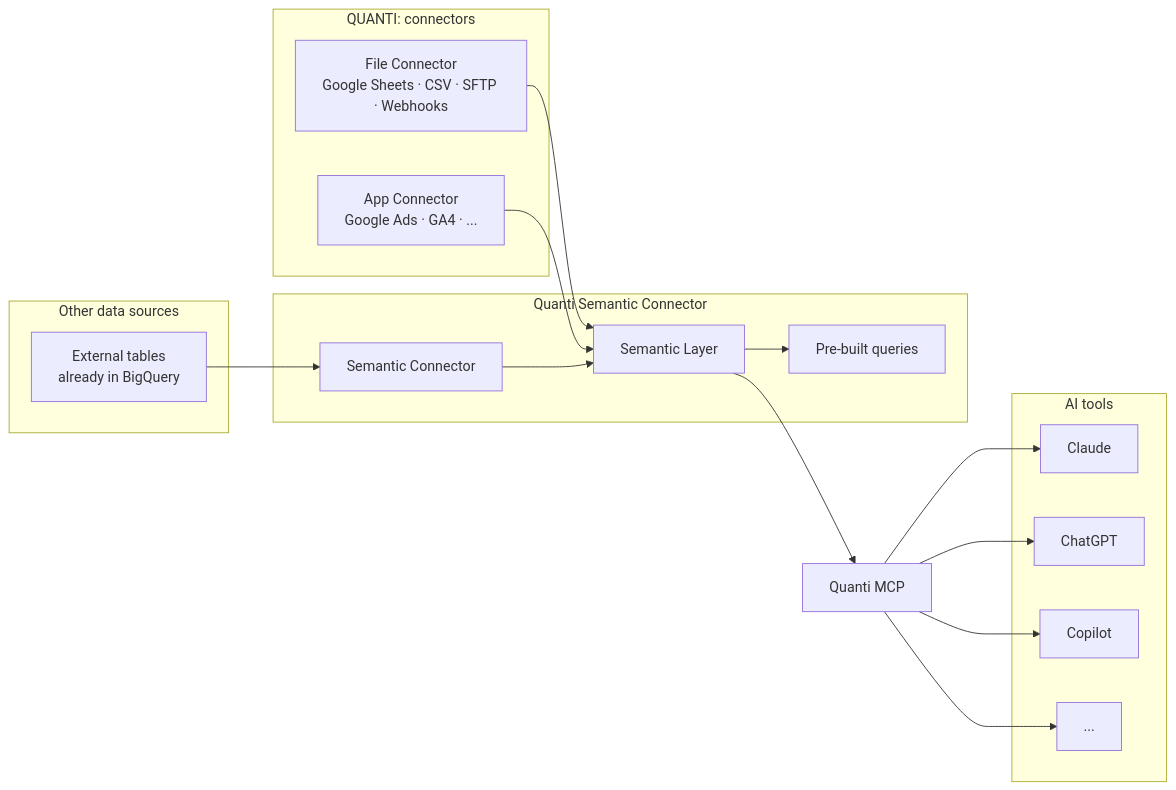
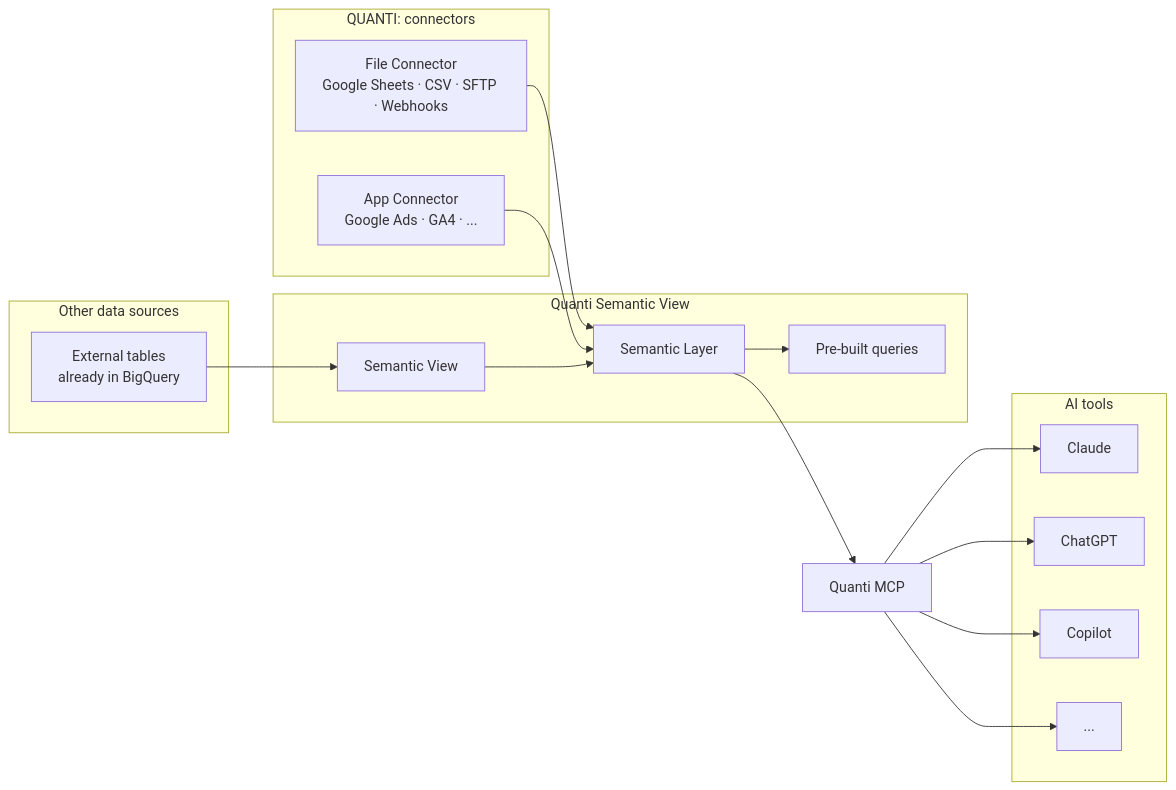
Before and after one commit to quanti-data-mkt/documentation: the diagram in connectors/custom-connectors/semantic-connector.md, drawn with Mermaid. The commit also changed other lines of this file, not shown here.

Commit message:
Rename Semantic Connector to Semantic View (keep slug)

````diff
--- a/connectors/custom-connectors/semantic-connector.md
+++ b/connectors/custom-connectors/semantic-connector.md
@@ -13,37 +13,37 @@
 ```mermaid
 flowchart LR
     subgraph ext["Other data sources"]
         extdata["External tables\nalready in BigQuery"]
     end
 
     subgraph qconn["QUANTI: connectors"]
         file["File Connector\nGoogle Sheets · CSV · SFTP · Webhooks"]
         app["App Connector\nGoogle Ads · GA4 · ..."]
     end
 
-    subgraph semantic["Quanti Semantic Connector"]
-        sc["Semantic Connector"]
+    subgraph semantic["Quanti Semantic View"]
+        sc["Semantic View"]
         sl["Semantic Layer"]
         pq["Pre-built queries"]
     end
 
     mcp["Quanti MCP"]
 
     subgraph ai["AI tools"]
         claude["Claude"]
         chatgpt["ChatGPT"]
         copilot["Copilot"]
         etc["..."]
     end
 
     extdata --> sc
     file --> sl
     app --> sl
     sc --> sl
     sl --> pq
     sl --> mcp
     mcp --> claude
     mcp --> chatgpt
     mcp --> copilot
     mcp --> etc
 ```
````
